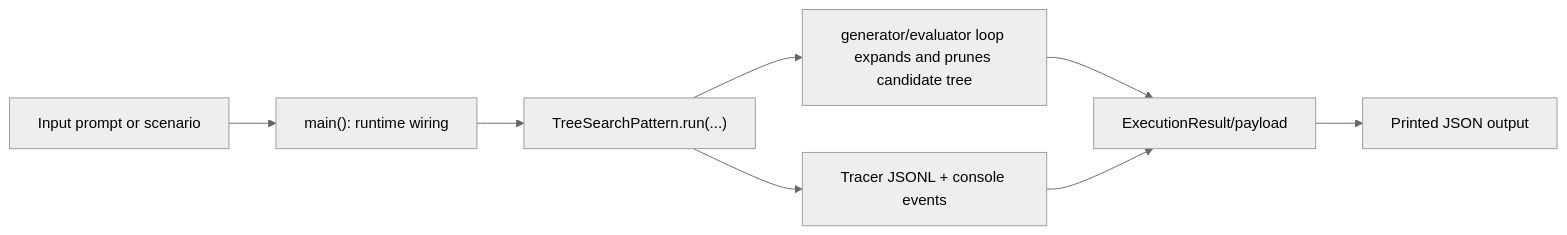
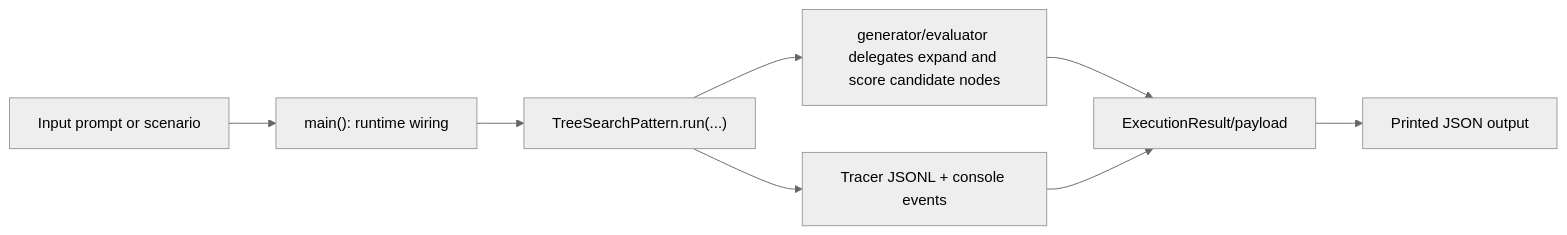
Before and after one commit to cmudrc/design-research-agents: the diagram in docs/examples/patterns/tree_search.rst, drawn with Mermaid (neutral theme). The commit also changed other lines of this file and 11 other files, not shown here.

```diff
--- a/docs/examples/patterns/tree_search.rst
+++ b/docs/examples/patterns/tree_search.rst
@@ -21,10 +21,10 @@
 .. mermaid::
 
    flowchart LR
        A["Input prompt or scenario"] --> B["main(): runtime wiring"]
        B --> C["TreeSearchPattern.run(...)"]
-       C --> D["generator/evaluator loop expands and prunes candidate tree"]
+       C --> D["generator/evaluator delegates expand and score candidate nodes"]
        C --> E["Tracer JSONL + console events"]
        D --> F["ExecutionResult/payload"]
        E --> F
        F --> G["Printed JSON output"]
```
